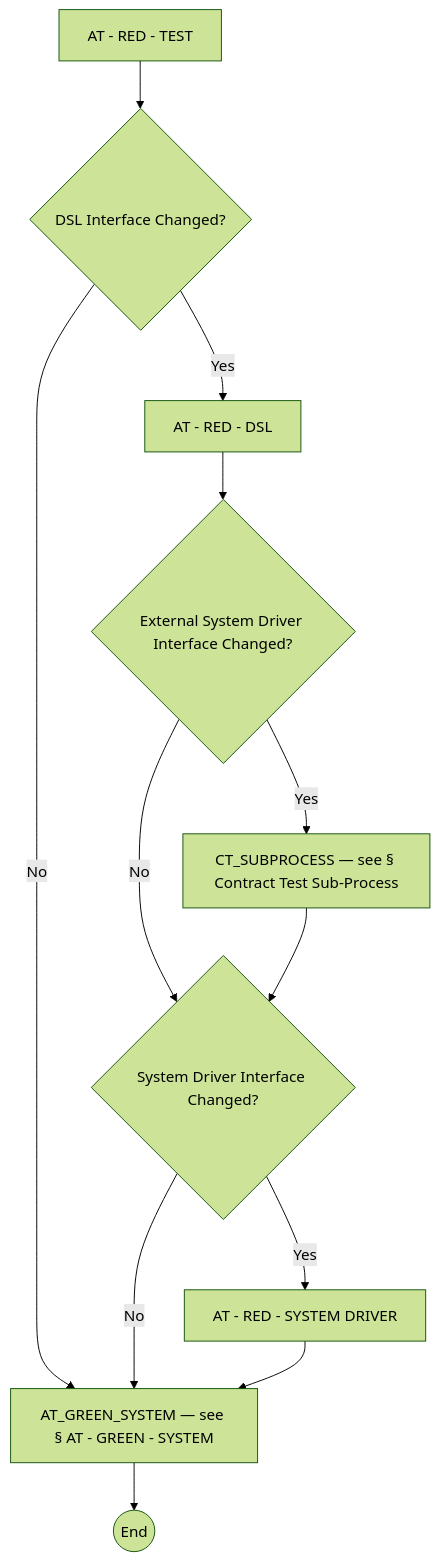
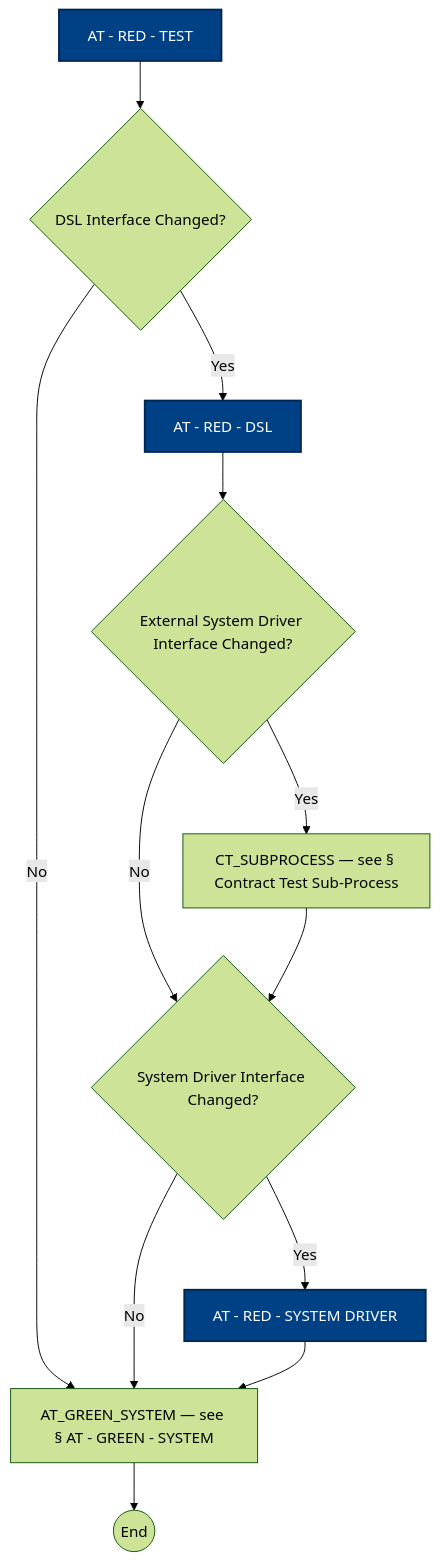
The fifth of 11 diagrams in docs/process-diagram.md (optivem/gh-optivem), drawn with Mermaid (forest theme) before and after one commit. The commit also changed other lines of this file and 23 other files, not shown here.

````diff
--- a/docs/process-diagram.md
+++ b/docs/process-diagram.md
@@ -114,24 +123,27 @@
 ```mermaid
 flowchart TD
     AT_END((End))
     AT_GREEN_SYSTEM[AT_GREEN_SYSTEM — see § AT - GREEN - SYSTEM]
     AT_RED_DSL[AT - RED - DSL]
     AT_RED_SYSTEM_DRIVER[AT - RED - SYSTEM DRIVER]
     AT_RED_TEST[AT - RED - TEST]
     CT_SUBPROCESS[CT_SUBPROCESS — see § Contract Test Sub-Process]
     GATE_DSL_AT{DSL Interface Changed?}
     GATE_EXT_AT{External System Driver Interface Changed?}
     GATE_SYS_AT{System Driver Interface Changed?}
 
     AT_RED_TEST --> GATE_DSL_AT
     GATE_DSL_AT -- No --> AT_GREEN_SYSTEM
     GATE_DSL_AT -- Yes --> AT_RED_DSL
     AT_RED_DSL --> GATE_EXT_AT
     GATE_EXT_AT -- Yes --> CT_SUBPROCESS
     GATE_EXT_AT -- No --> GATE_SYS_AT
     CT_SUBPROCESS --> GATE_SYS_AT
     GATE_SYS_AT -- Yes --> AT_RED_SYSTEM_DRIVER
     GATE_SYS_AT -- No --> AT_GREEN_SYSTEM
     AT_RED_SYSTEM_DRIVER --> AT_GREEN_SYSTEM
     AT_GREEN_SYSTEM --> AT_END
+
+    classDef agentNode fill:#004085,stroke:#002752,stroke-width:2px,color:#ffffff
+    class AT_RED_DSL,AT_RED_SYSTEM_DRIVER,AT_RED_TEST agentNode
 ```
````
